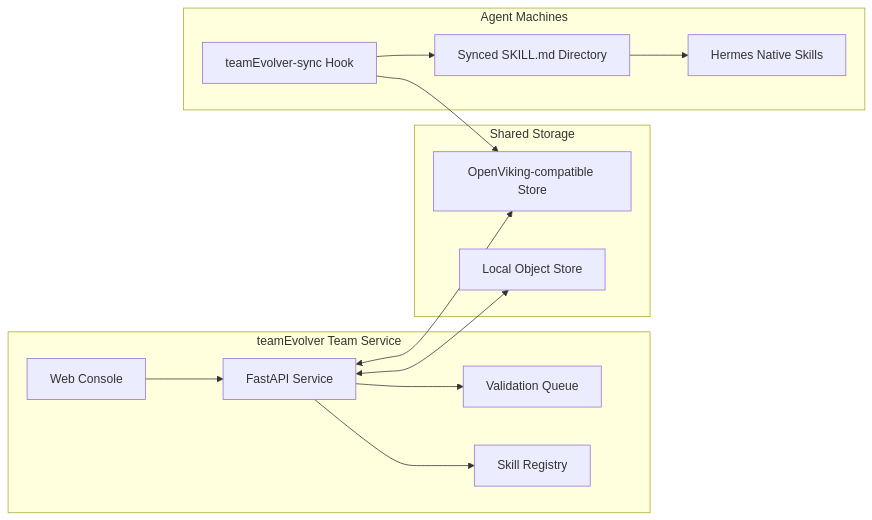
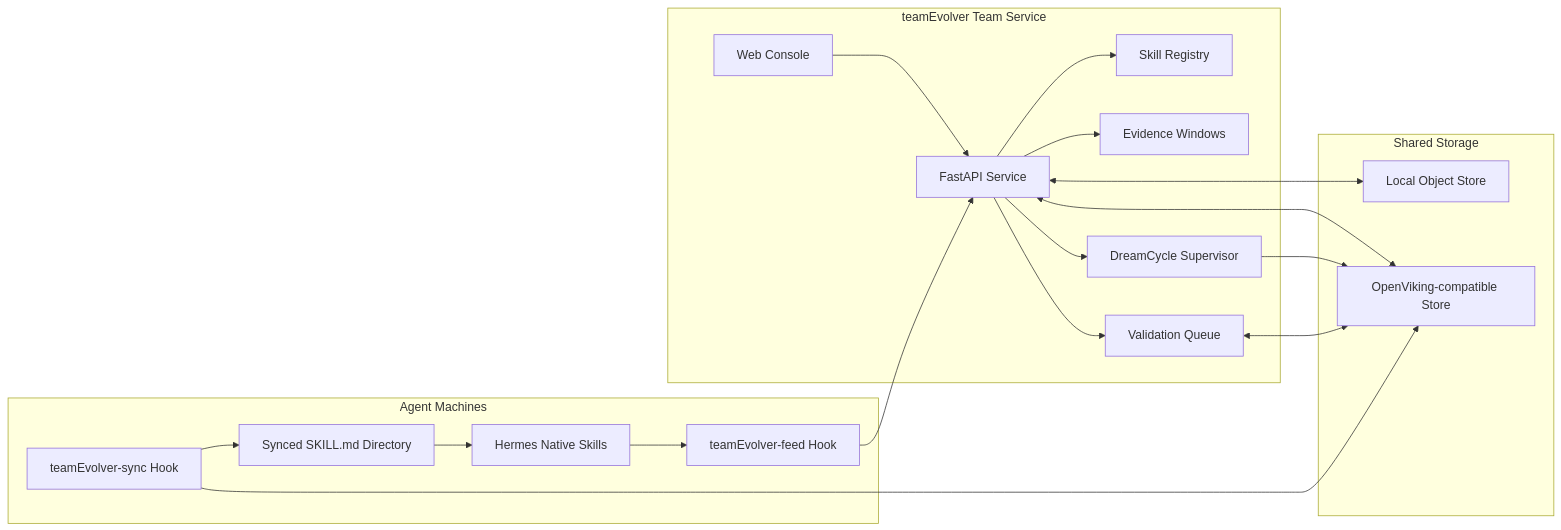
Before and after one commit to leoriczhang/teamEvolver: the first of 3 diagrams in README.md, drawn with Mermaid. The commit also changed other lines of this file and 1 other file, not shown here.

Commit message:
Update README for DreamCycle workflow

````diff
--- a/README.md
+++ b/README.md
@@ -70,29 +90,38 @@
 ```mermaid
 flowchart LR
     subgraph Team["teamEvolver Team Service"]
         Console["Web Console"]
         API["FastAPI Service"]
         Registry["Skill Registry"]
+        Evidence["Evidence Windows"]
         Validation["Validation Queue"]
+        DreamCycle["DreamCycle Supervisor"]
     end
 
     subgraph Storage["Shared Storage"]
         Local["Local Object Store"]
         Viking["OpenViking-compatible Store"]
     end
 
     subgraph Agent["Agent Machines"]
         Sync["teamEvolver-sync Hook"]
+        Feed["teamEvolver-feed Hook"]
         Dir["Synced SKILL.md Directory"]
         Hermes["Hermes Native Skills"]
     end
 
     Console --> API
     API --> Registry
+    API --> Evidence
     API --> Validation
+    API --> DreamCycle
     API <--> Local
     API <--> Viking
+    DreamCycle --> Viking
+    Validation <--> Viking
     Sync --> Viking
     Sync --> Dir
     Dir --> Hermes
+    Hermes --> Feed
+    Feed --> API
 ```
````
